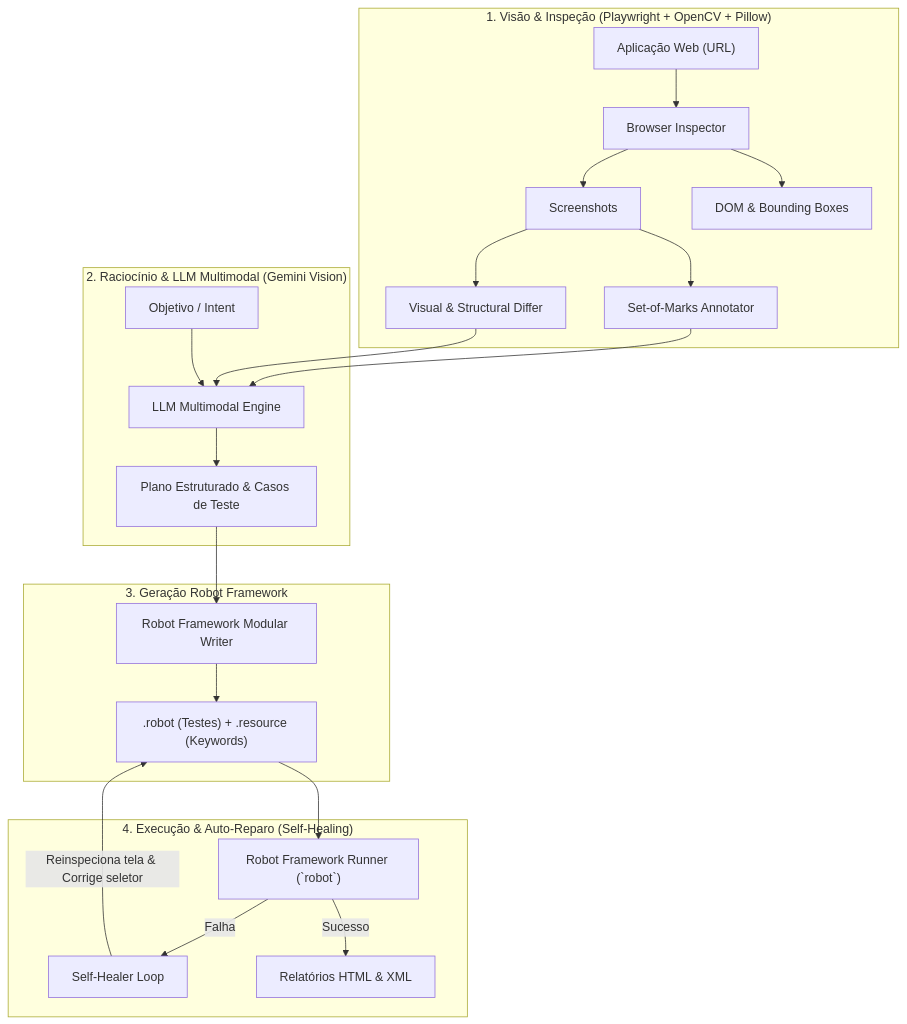
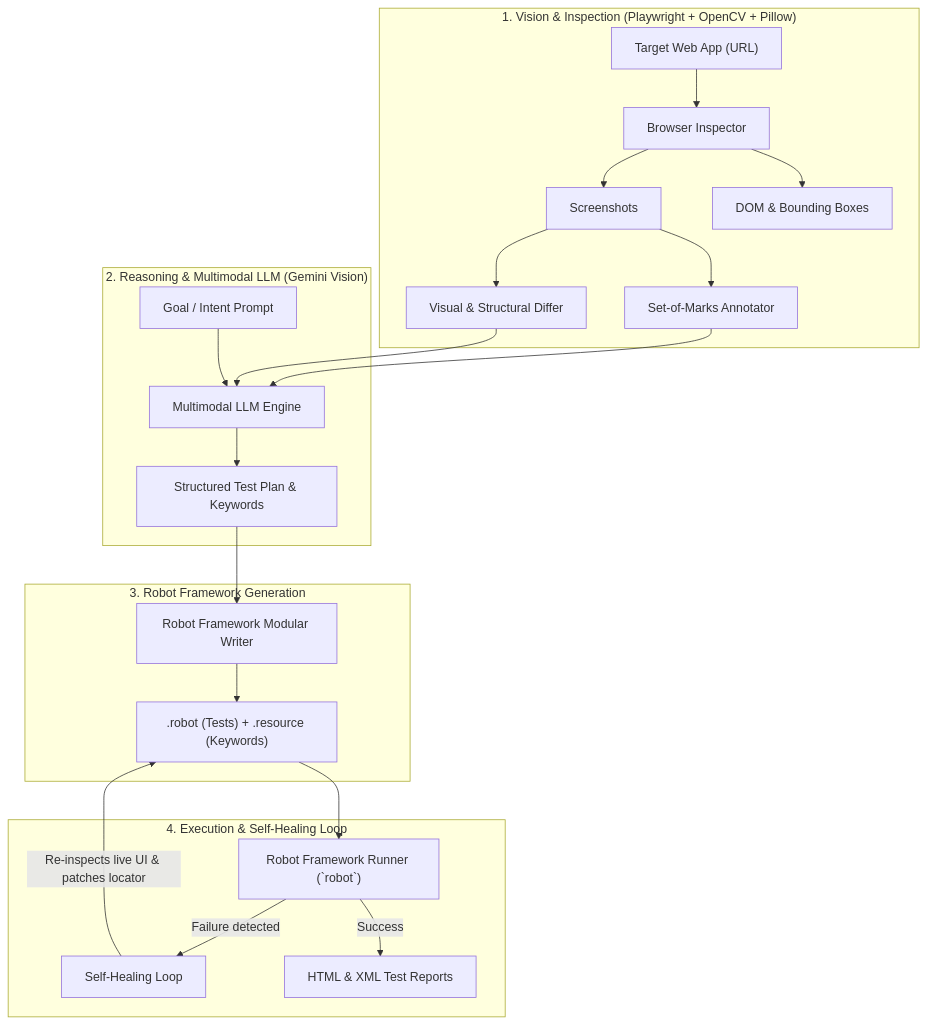
Before and after one commit to marcoswferreira/test-automation-agent: the diagram in README.md, drawn with Mermaid. The commit also changed other lines of this file and 1 other file, not shown here.

Commit message:
feat: Add Portuguese README for Test Automation Agent

````diff
--- a/README.md
+++ b/README.md
@@ -14,29 +16,29 @@
 ```mermaid
 flowchart TD
-    subgraph Vision ["1. Visão & Inspeção (Playwright + OpenCV + Pillow)"]
-        Page["Aplicação Web (URL)"] --> Inspector["Browser Inspector"]
+    subgraph Vision ["1. Vision & Inspection (Playwright + OpenCV + Pillow)"]
+        Page["Target Web App (URL)"] --> Inspector["Browser Inspector"]
         Inspector --> Screenshots["Screenshots"]
         Inspector --> DOM["DOM & Bounding Boxes"]
         Screenshots --> SoM["Set-of-Marks Annotator"]
         Screenshots --> Differ["Visual & Structural Differ"]
     end
 
-    subgraph LLM ["2. Raciocínio & LLM Multimodal (Gemini Vision)"]
-        SoM --> LLMClient["LLM Multimodal Engine"]
+    subgraph LLM ["2. Reasoning & Multimodal LLM (Gemini Vision)"]
+        SoM --> LLMClient["Multimodal LLM Engine"]
         Differ --> LLMClient
-        UserIntent["Objetivo / Intent"] --> LLMClient
-        LLMClient --> StructuredPlan["Plano Estruturado & Casos de Teste"]
+        UserIntent["Goal / Intent Prompt"] --> LLMClient
+        LLMClient --> StructuredPlan["Structured Test Plan & Keywords"]
     end
 
-    subgraph Generation ["3. Geração Robot Framework"]
+    subgraph Generation ["3. Robot Framework Generation"]
         StructuredPlan --> RobotWriter["Robot Framework Modular Writer"]
-        RobotWriter --> RobotFiles[".robot (Testes) + .resource (Keywords)"]
+        RobotWriter --> RobotFiles[".robot (Tests) + .resource (Keywords)"]
     end
 
-    subgraph Execution ["4. Execução & Auto-Reparo (Self-Healing)"]
+    subgraph Execution ["4. Execution & Self-Healing Loop"]
         RobotFiles --> Runner["Robot Framework Runner (`robot`)"]
-        Runner -->|Falha| Healer["Self-Healer Loop"]
-        Healer -->|Reinspeciona tela & Corrige seletor| RobotFiles
-        Runner -->|Sucesso| Reports["Relatórios HTML & XML"]
+        Runner -->|Failure detected| Healer["Self-Healing Loop"]
+        Healer -->|Re-inspects live UI & patches locator| RobotFiles
+        Runner -->|Success| Reports["HTML & XML Test Reports"]
     end
 ```
````
